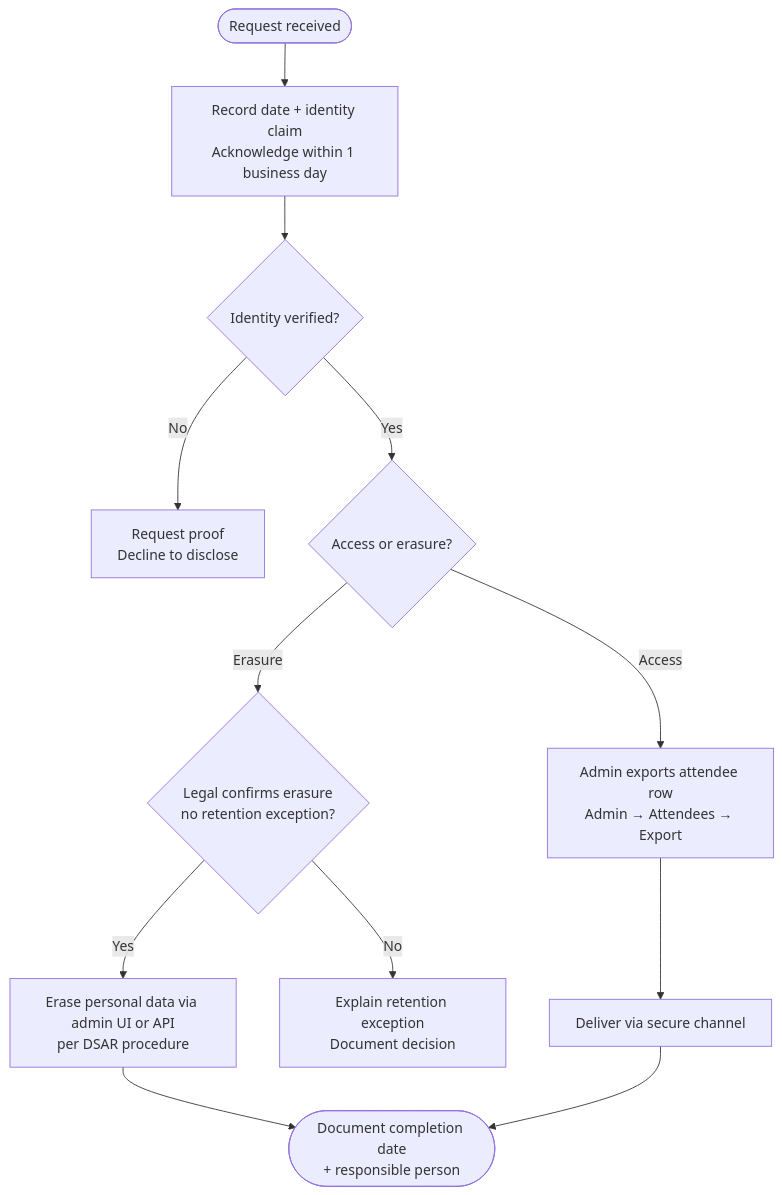
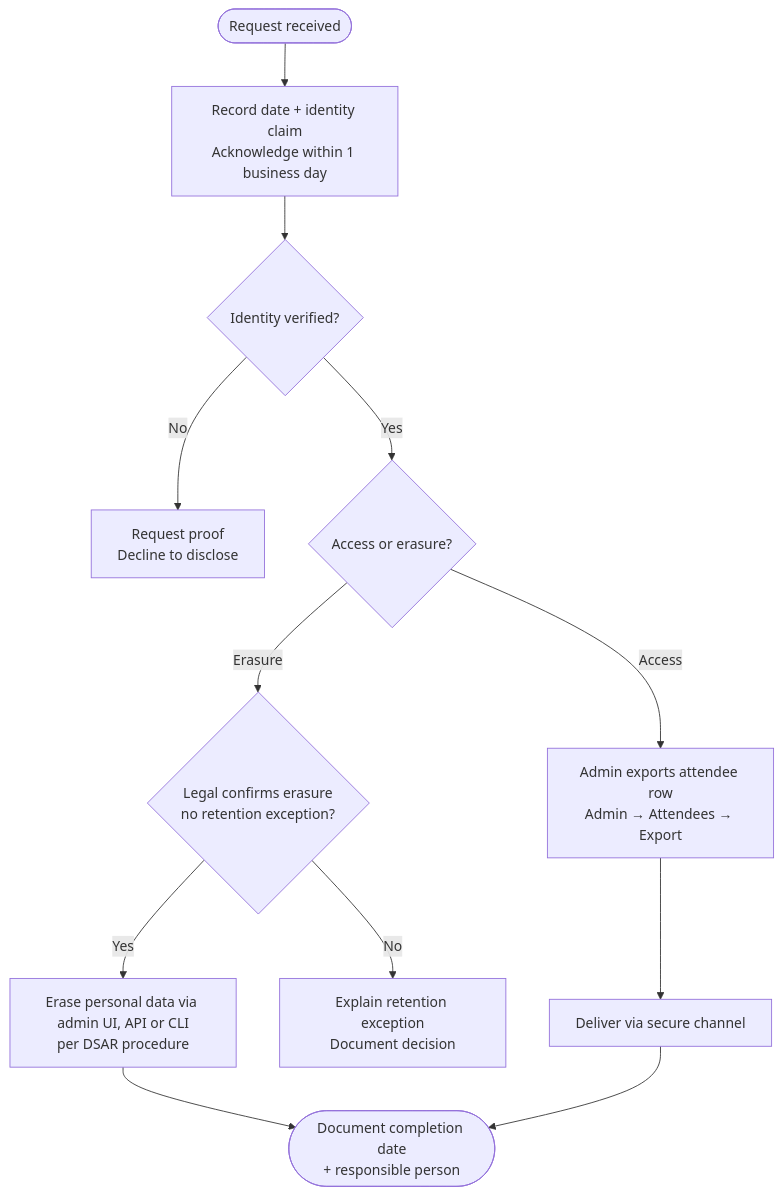
Before and after one commit to solarssk/admitto: the diagram in docs/security/DSAR-PROCEDURE.md, drawn with Mermaid. The commit also changed other lines of this file and 11 other files, not shown here.

````diff
--- a/docs/security/DSAR-PROCEDURE.md
+++ b/docs/security/DSAR-PROCEDURE.md
@@ -12,14 +12,14 @@
 ```mermaid
 flowchart TD
     A([Request received]) --> B[Record date + identity claim\nAcknowledge within 1 business day]
     B --> C{Identity verified?}
     C -- No --> D[Request proof\nDecline to disclose]
     C -- Yes --> E{Access or erasure?}
     E -- Access --> F[Admin exports attendee row\nAdmin → Attendees → Export]
     F --> G[Deliver via secure channel]
     E -- Erasure --> H{Legal confirms erasure\nno retention exception?}
     H -- No --> I[Explain retention exception\nDocument decision]
-    H -- Yes --> J[Erase personal data via admin UI or API\nper DSAR procedure]
+    H -- Yes --> J[Erase personal data via admin UI, API or CLI\nper DSAR procedure]
     J --> K([Document completion date\n+ responsible person])
     G --> K
 ```
````
